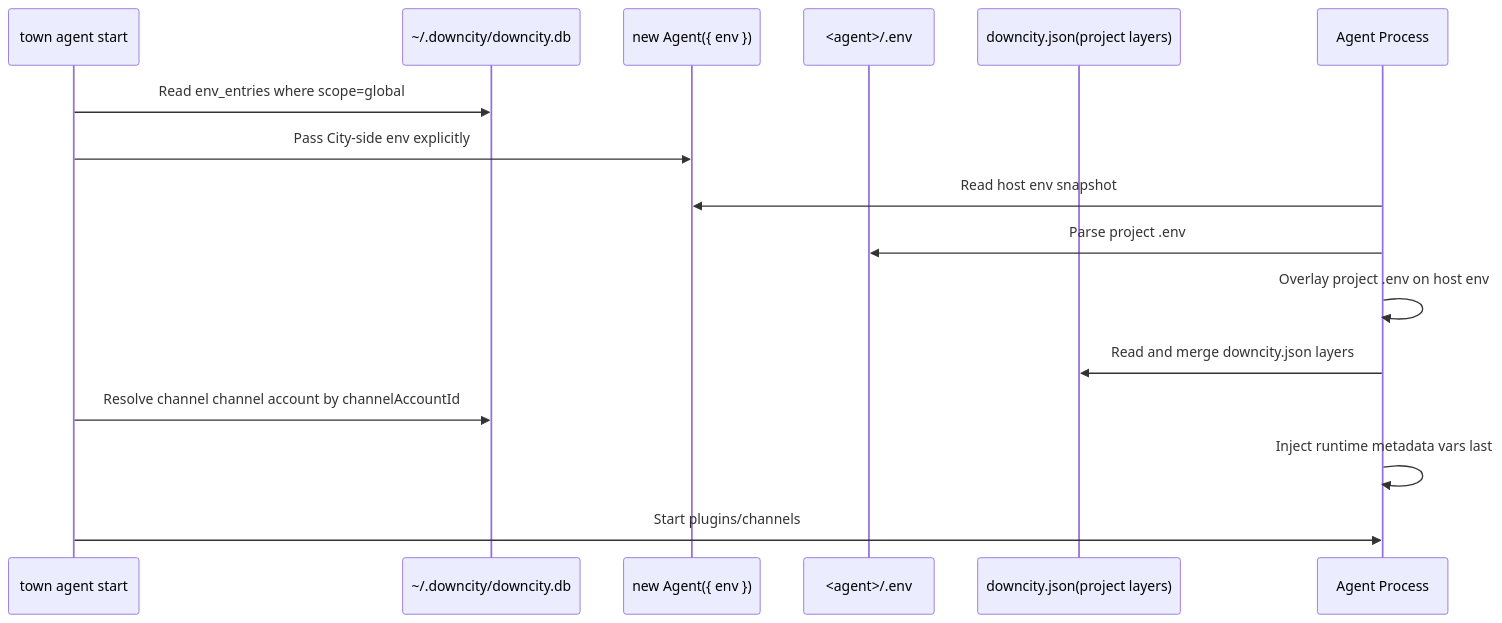
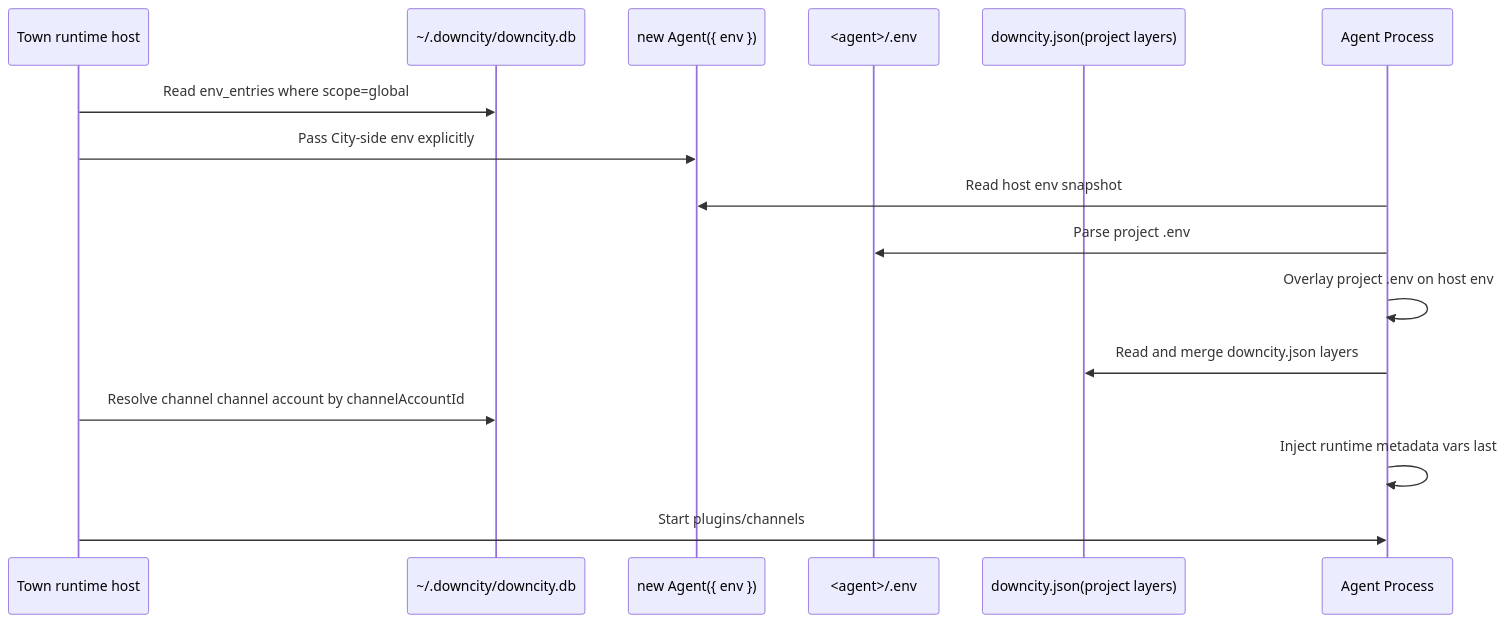
The first of 2 diagrams in homepage/content/docs/en/configuration/environment-variables.mdx (wangenius/downcity), drawn with Mermaid before and after one commit. The commit also changed other lines of this file and 48 other files, not shown here.

````diff
--- a/homepage/content/docs/en/configuration/environment-variables.mdx
+++ b/homepage/content/docs/en/configuration/environment-variables.mdx
@@ -37,19 +37,19 @@
 ```mermaid
 sequenceDiagram
-  participant CLI as town agent start
+  participant CLI as Town runtime host
   participant DB as ~/.downcity/downcity.db
   participant HOST as new Agent({ env })
   participant ENV as <agent>/.env
   participant JSON as downcity.json(project layers)
   participant RT as Agent Process
 
   CLI->>DB: Read env_entries where scope=global
   CLI->>HOST: Pass City-side env explicitly
   RT->>HOST: Read host env snapshot
   RT->>ENV: Parse project .env
   RT->>RT: Overlay project .env on host env
   RT->>JSON: Read and merge downcity.json layers
   CLI->>DB: Resolve channel channel account by channelAccountId
   RT->>RT: Inject runtime metadata vars last
   CLI->>RT: Start plugins/channels
 ```
````
